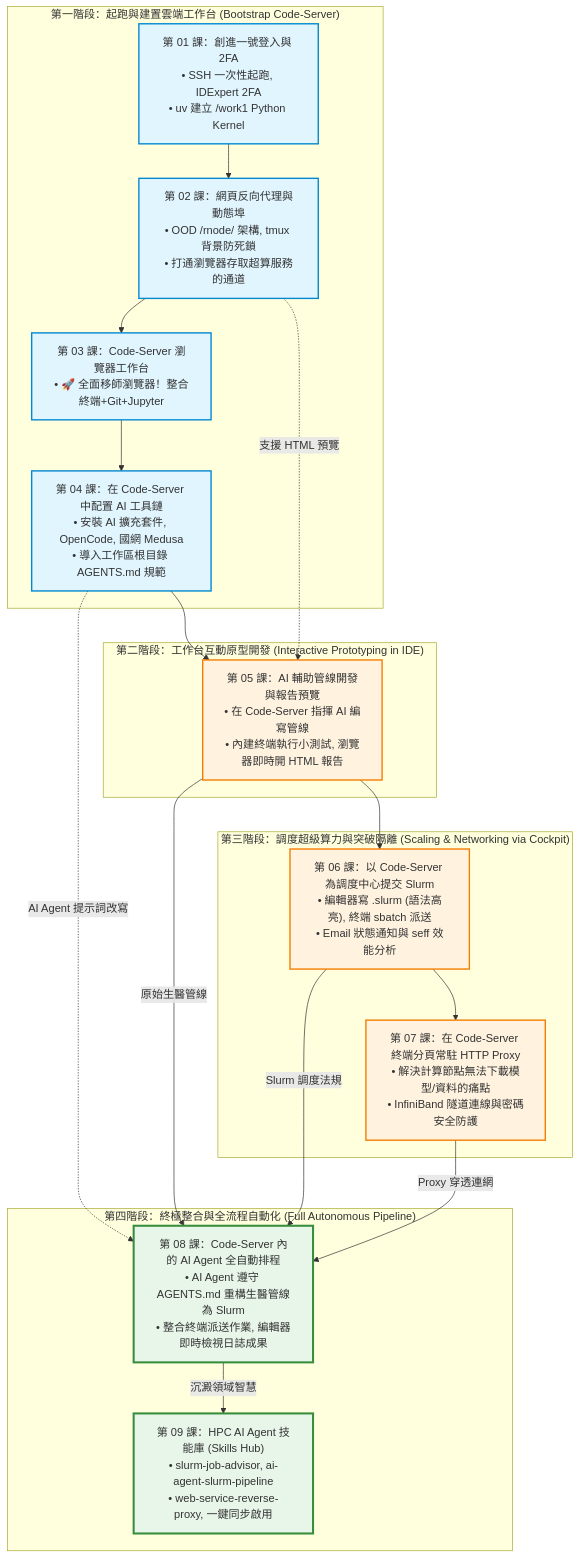
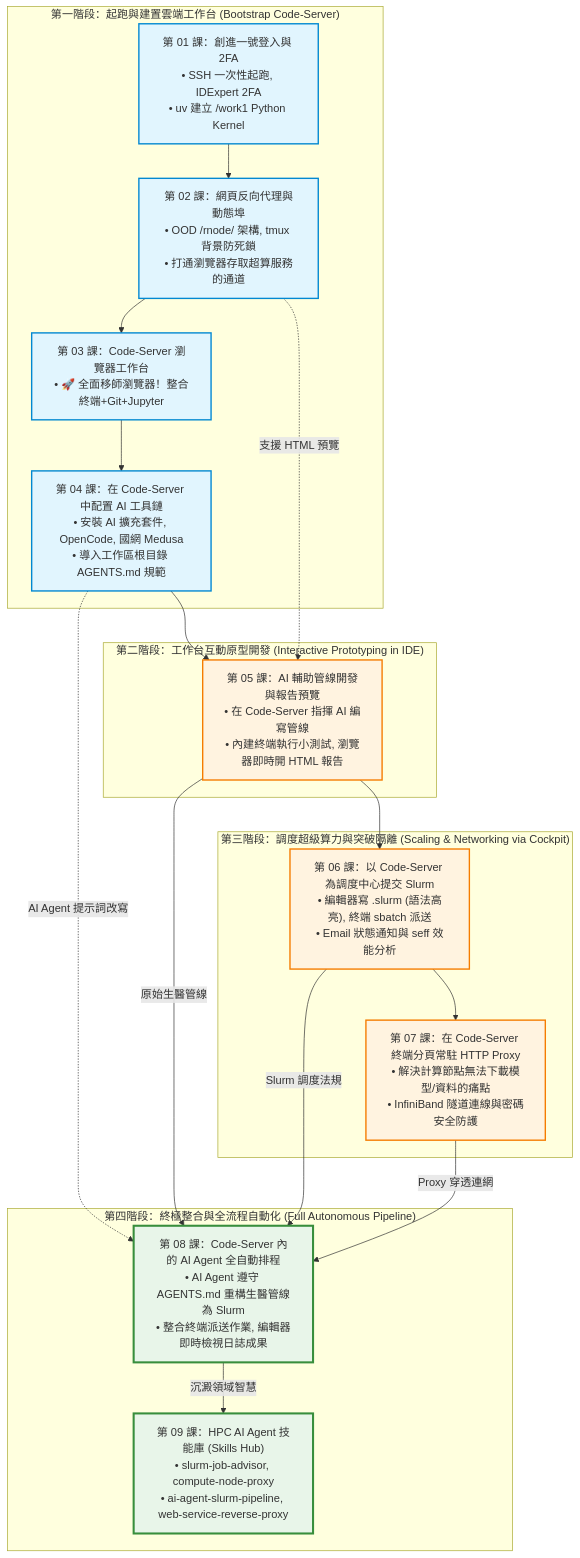
Before and after one commit to gemini960114/F1-docs: the diagram in docs/guide/00_course_syllabus.md, drawn with Mermaid. The commit also changed 12 other files, not shown here.

Commit message:
docs: finalize full documentation audit for skills hub and proxy rules

````diff
--- a/docs/guide/00_course_syllabus.md
+++ b/docs/guide/00_course_syllabus.md
@@ -34,40 +34,40 @@
 ```mermaid
 flowchart TD
     subgraph S1["第一階段：起跑與建置雲端工作台 (Bootstrap Code-Server)"]
         C1["第 01 課：創進一號登入與 2FA<br>• SSH 一次性起跑, IDExpert 2FA<br>• uv 建立 /work1 Python Kernel"]
         C2["第 02 課：網頁反向代理與動態埠<br>• OOD /rnode/ 架構, tmux 背景防死鎖<br>• 打通瀏覽器存取超算服務的通道"]
         C3["第 03 課：Code-Server 瀏覽器工作台<br>• 🚀 全面移師瀏覽器！整合終端+Git+Jupyter"]
         C4["第 04 課：在 Code-Server 中配置 AI 工具鏈<br>• 安裝 AI 擴充套件, OpenCode, 國網 Medusa<br>• 導入工作區根目錄 AGENTS.md 規範"]
         C1 --> C2 --> C3 --> C4
     end
 
     subgraph S2["第二階段：工作台互動原型開發 (Interactive Prototyping in IDE)"]
         C5["第 05 課：AI 輔助管線開發與報告預覽<br>• 在 Code-Server 指揮 AI 編寫管線<br>• 內建終端執行小測試, 瀏覽器即時開 HTML 報告"]
         C4 --> C5
         C2 -.->|支援 HTML 預覽| C5
     end
 
     subgraph S3["第三階段：調度超級算力與突破隔離 (Scaling & Networking via Cockpit)"]
         C6["第 06 課：以 Code-Server 為調度中心提交 Slurm<br>• 編輯器寫 .slurm (語法高亮), 終端 sbatch 派送<br>• Email 狀態通知與 seff 效能分析"]
         C7["第 07 課：在 Code-Server 終端分頁常駐 HTTP Proxy<br>• 解決計算節點無法下載模型/資料的痛點<br>• InfiniBand 隧道連線與密碼安全防護"]
         C5 --> C6 --> C7
     end
 
     subgraph S4["第四階段：終極整合與全流程自動化 (Full Autonomous Pipeline)"]
         C8["第 08 課：Code-Server 內的 AI Agent 全自動排程<br>• AI Agent 遵守 AGENTS.md 重構生醫管線為 Slurm<br>• 整合終端派送作業, 編輯器即時檢視日誌成果"]
-        C9["第 09 課：HPC AI Agent 技能庫 (Skills Hub)<br>• slurm-job-advisor, ai-agent-slurm-pipeline<br>• web-service-reverse-proxy, 一鍵同步啟用"]
+        C9["第 09 課：HPC AI Agent 技能庫 (Skills Hub)<br>• slurm-job-advisor, compute-node-proxy<br>• ai-agent-slurm-pipeline, web-service-reverse-proxy"]
         C4 -.->|AI Agent 提示詞改寫| C8
         C5 -->|原始生醫管線| C8
         C6 -->|Slurm 調度法規| C8
         C7 -->|Proxy 穿透連網| C8
         C8 -->|沉澱領域智慧| C9
     end
 
     classDef primary fill:#e1f5fe,stroke:#0288d1,stroke-width:2px;
     classDef highlight fill:#fff3e0,stroke:#f57c00,stroke-width:2px;
     classDef capstone fill:#e8f5e9,stroke:#388e3c,stroke-width:3px;
 
     class C1,C2,C3,C4 primary;
     class C5,C6,C7 highlight;
     class C8,C9 capstone;
 ```
````
